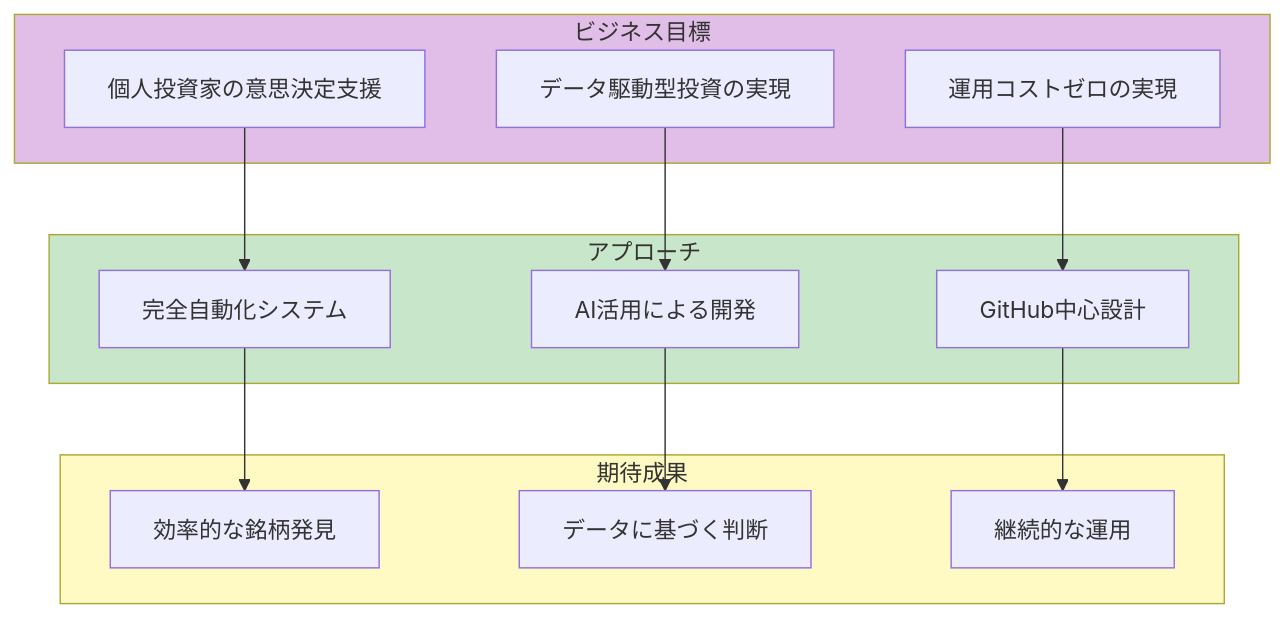
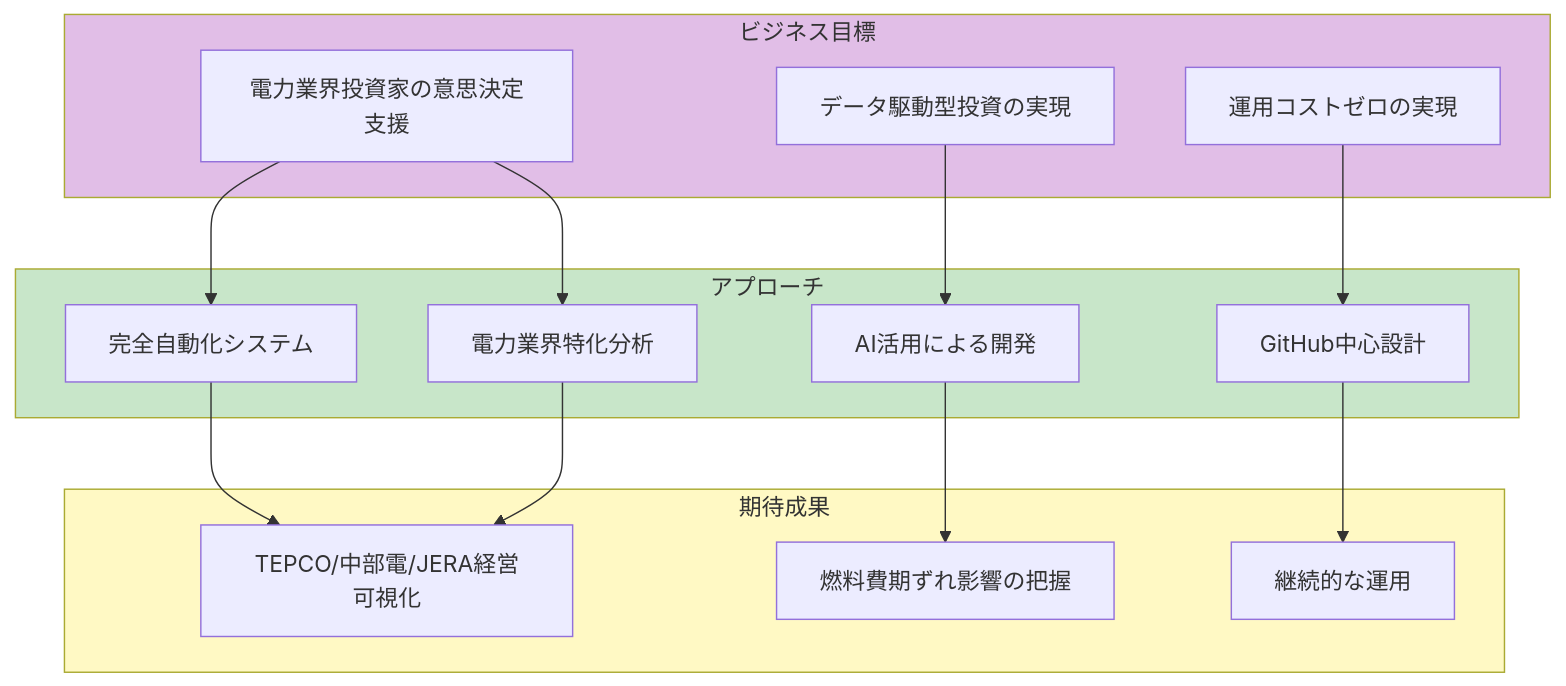
Before and after one commit to J1921604/stock-analysis: the first of 6 diagrams in specs/001-stock-analysis-system/checklists/requirements.md, drawn with Mermaid. The commit also changed other lines of this file and 35 other files, not shown here.

````diff
--- a/specs/001-stock-analysis-system/checklists/requirements.md
+++ b/specs/001-stock-analysis-system/checklists/requirements.md
@@ -28,31 +29,34 @@
 ```mermaid
 flowchart TB
     subgraph goal["ビジネス目標"]
-        A[個人投資家の意思決定支援]
+        A[電力業界投資家の意思決定支援]
         B[データ駆動型投資の実現]
         C[運用コストゼロの実現]
     end
     
     subgraph approach["アプローチ"]
         D[完全自動化システム]
         E[AI活用による開発]
         F[GitHub中心設計]
+        G[電力業界特化分析]
     end
     
     subgraph outcome["期待成果"]
-        G[効率的な銘柄発見]
-        H[データに基づく判断]
-        I[継続的な運用]
+        H[TEPCO/中部電/JERA経営可視化]
+        I[燃料費期ずれ影響の把握]
+        J[継続的な運用]
     end
     
     A --> D
     B --> E
     C --> F
-    D --> G
-    E --> H
-    F --> I
+    A --> G
+    D --> H
+    E --> I
+    F --> J
+    G --> H
     
     style goal fill:#e1bee7
     style approach fill:#c8e6c9
     style outcome fill:#fff9c4
 ```
````
